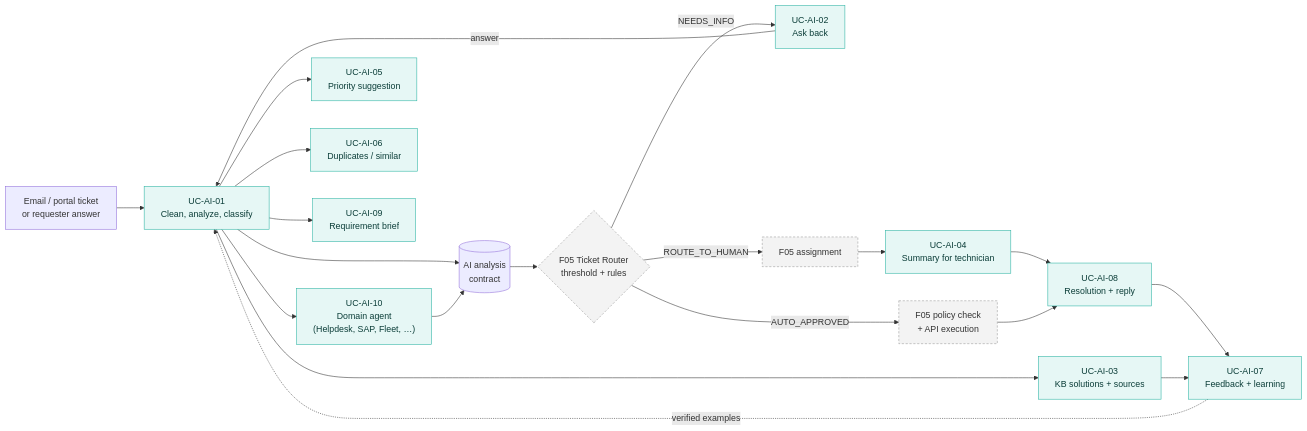
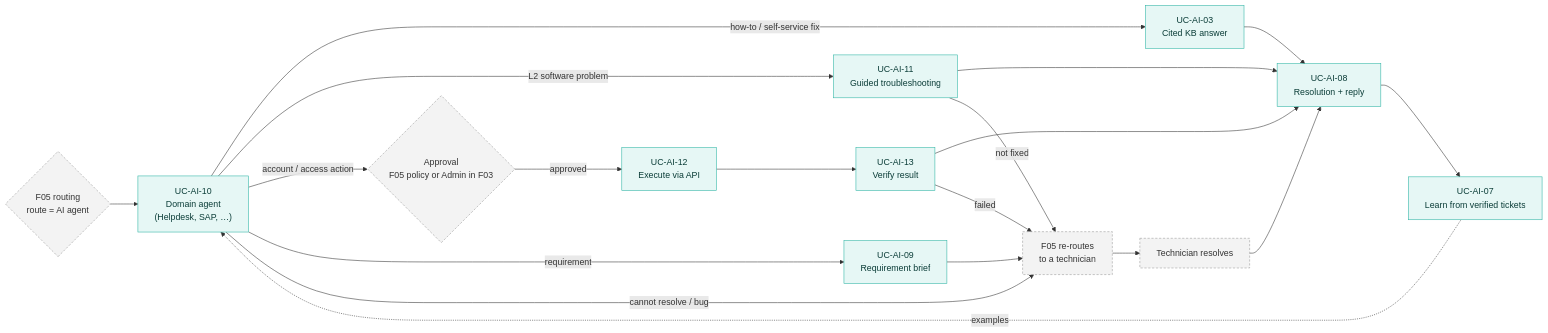
One commit to Akaza-ban/Fable changed the diagram in docs/f04-ai-ticket-processing/README.md. Above: the diagram before and after it, drawn with Mermaid. The commit also changed other lines of this file and 9 other files, not shown here.

First line of the commit message:
docs(F04): re-scope to processing after the new mind map (F05 routes, F04 processes)

````diff
--- a/docs/f04-ai-ticket-processing/README.md
+++ b/docs/f04-ai-ticket-processing/README.md
@@ -113,27 +94,25 @@
 ```mermaid
 flowchart LR
-    t["Email / portal ticket<br/>or requester answer"] --> an["UC-AI-01<br/>Clean, analyze, classify"]
-    an --> contract[("AI analysis<br/>contract")]
-    an --> agent["UC-AI-10<br/>Domain agent<br/>(Helpdesk, SAP, Fleet, …)"]
-    agent --> contract
-    contract --> router{"F05 Ticket Router<br/>threshold + rules"}
-    router -- "NEEDS_INFO" --> ask["UC-AI-02<br/>Ask back"]
-    ask -- "answer" --> an
-    router -- "AUTO_APPROVED" --> wf["F05 policy check<br/>+ API execution"]
-    router -- "ROUTE_TO_HUMAN" --> assign["F05 assignment"]
-    an --> kb["UC-AI-03<br/>KB solutions + sources"]
-    an --> prio["UC-AI-05<br/>Priority suggestion"]
-    an --> dup["UC-AI-06<br/>Duplicates / similar"]
-    assign --> sum["UC-AI-04<br/>Summary for technician"]
-    sum --> res["UC-AI-08<br/>Resolution + reply"]
-    wf --> res
-    an --> req["UC-AI-09<br/>Requirement brief"]
-    res --> fb["UC-AI-07<br/>Feedback + learning"]
-    kb --> fb
-    fb -. "verified examples" .-> an
+    f05{"F05 routing<br/>route = AI agent"} --> agent["UC-AI-10<br/>Domain agent<br/>(Helpdesk, SAP, …)"]
+    agent -- "how-to / self-service fix" --> kb["UC-AI-03<br/>Cited KB answer"]
+    agent -- "L2 software problem" --> guide["UC-AI-11<br/>Guided troubleshooting"]
+    agent -- "account / access action" --> approve{"Approval<br/>F05 policy or Admin in F03"}
+    approve -- "approved" --> exec["UC-AI-12<br/>Execute via API"]
+    exec --> verify["UC-AI-13<br/>Verify result"]
+    agent -- "requirement" --> brief["UC-AI-09<br/>Requirement brief"]
+    agent -- "cannot resolve / bug" --> back["F05 re-routes<br/>to a technician"]
+    kb --> res["UC-AI-08<br/>Resolution + reply"]
+    guide --> res
+    verify --> res
+    back --> tech["Technician resolves"] --> res
+    guide -- "not fixed" --> back
+    verify -- "failed" --> back
+    brief --> back
+    res --> learn["UC-AI-07<br/>Learn from verified tickets"]
+    learn -. "examples" .-> agent
 
     classDef f04 fill:#e6f7f5,color:#0b3d38,stroke:#2bb3a3
-    classDef f05 fill:#f3f3f3,color:#333,stroke:#999,stroke-dasharray:4 3
-    class an,agent,ask,kb,prio,dup,sum,fb,res,req f04
-    class router,wf,assign f05
+    classDef other fill:#f3f3f3,color:#333,stroke:#999,stroke-dasharray:4 3
+    class agent,kb,guide,exec,verify,brief,res,learn f04
+    class f05,approve,back,tech other
 ```
````
